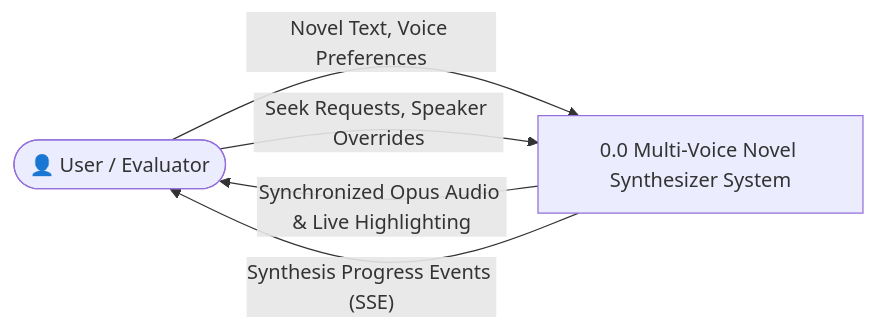
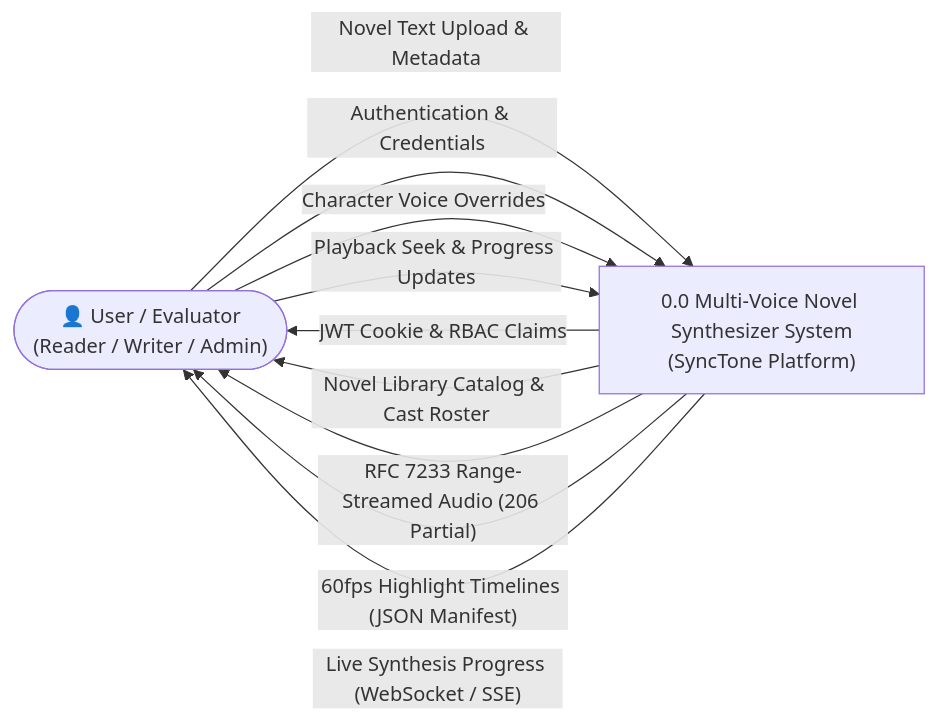
The second of 4 diagrams in project.md (Faizan-902/SyncTone-), drawn with Mermaid before and after one commit. The commit also changed other lines of this file and 19 other files, not shown here.

Commit message:
fix: resolve runtime config, worker job type, schema parity, and update Rev 8 architecture docs

````diff
--- a/project.md
+++ b/project.md
@@ -161,10 +184,16 @@
 ```mermaid
 flowchart LR
-    User(["👤 User / Evaluator"])
-    System["0.0 Multi-Voice Novel Synthesizer System"]
+    User(["👤 User / Evaluator\n(Reader / Writer / Admin)"])
+    System["0.0 Multi-Voice Novel Synthesizer System\n(SyncTone Platform)"]
 
-    User -->|"Novel Text, Voice Preferences"| System
-    User -->|"Seek Requests, Speaker Overrides"| System
-    System -->|"Synchronized Opus Audio & Live Highlighting"| User
-    System -->|"Synthesis Progress Events (SSE)"| User
+    User -->|"Novel Text Upload & Metadata"| System
+    User -->|"Authentication & Credentials"| System
+    User -->|"Character Voice Overrides"| System
+    User -->|"Playback Seek & Progress Updates"| System
+
+    System -->|"JWT Cookie & RBAC Claims"| User
+    System -->|"Novel Library Catalog & Cast Roster"| User
+    System -->|"RFC 7233 Range-Streamed Audio (206 Partial)"| User
+    System -->|"60fps Highlight Timelines (JSON Manifest)"| User
+    System -->|"Live Synthesis Progress (WebSocket / SSE)"| User
 ```
````
